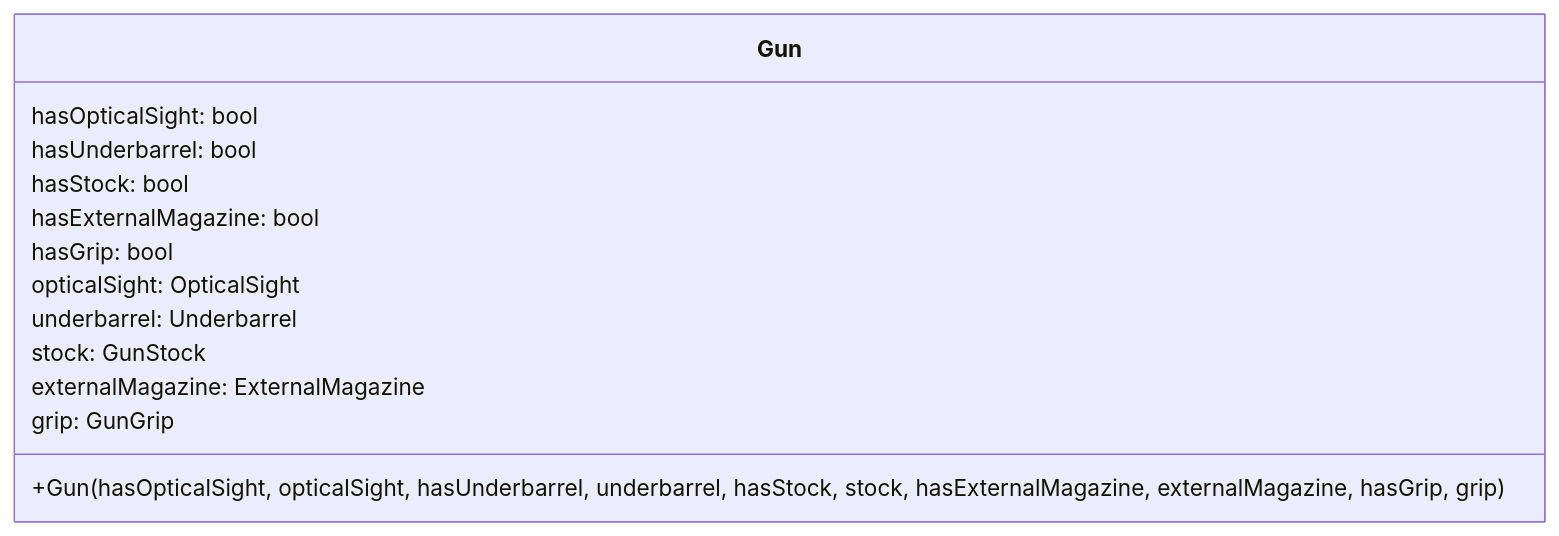
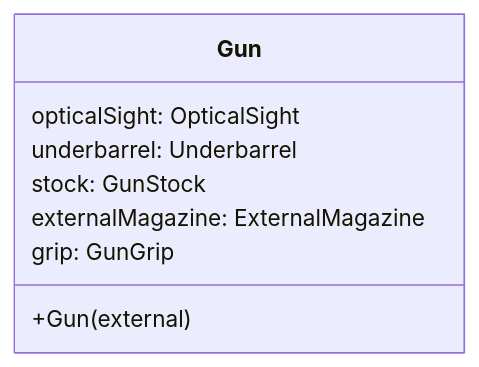
One commit to Bix2llets/CS202---Seminar changed the third of 4 diagrams in 1. Builder/Builder.md. Above: the diagram before and after it, drawn with Mermaid. The commit also changed other lines of this file, not shown here.

Commit message:
Add diagram for example of builder. Change the problem statement

````diff
--- a/1. Builder/Builder.md
+++ b/1. Builder/Builder.md
@@ -99,17 +98,12 @@
 ```mermaid
 classDiagram
 class Gun{
-hasOpticalSight: bool
-hasUnderbarrel: bool
-hasStock: bool
-hasExternalMagazine: bool
-hasGrip: bool
 
 opticalSight: OpticalSight
 underbarrel: Underbarrel
 stock: GunStock
 externalMagazine: ExternalMagazine
 grip: GunGrip
 
-+Gun(hasOpticalSight, opticalSight, hasUnderbarrel, underbarrel,  hasStock, stock, hasExternalMagazine, externalMagazine, hasGrip, grip)  }
++Gun(external)  }
 ```
````
